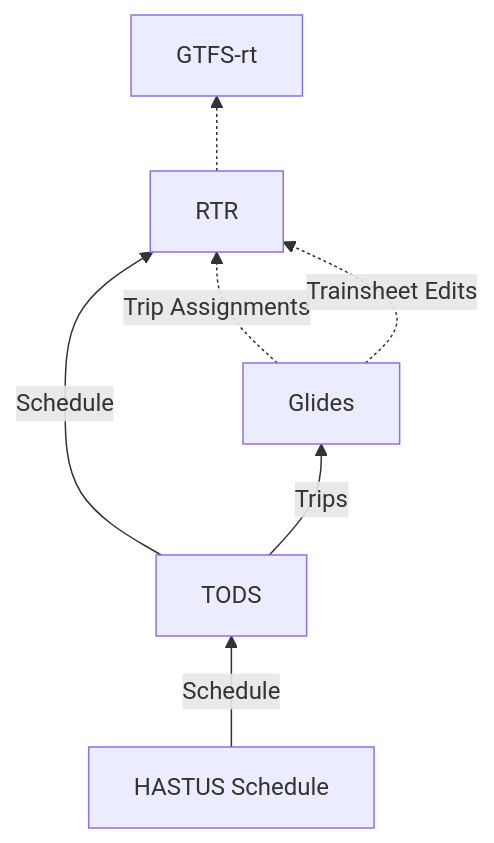
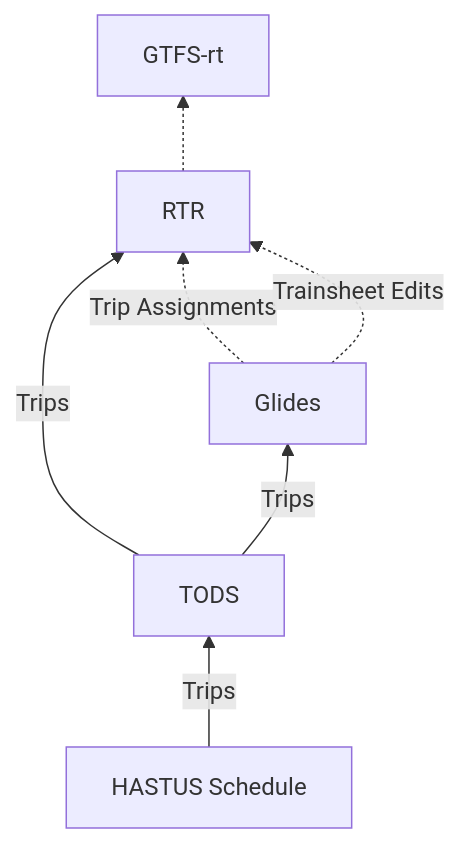
Before and after one commit to mbta/technology-docs: the second of 2 diagrams in rfcs/0000-light-rail-trip-model.md, drawn with Mermaid. The commit also changed other lines of this file, not shown here.

Commit message:
docs: just rename schedule to trips in diagrams

````diff
--- a/rfcs/0000-light-rail-trip-model.md
+++ b/rfcs/0000-light-rail-trip-model.md
@@ -81,14 +81,14 @@
 ```mermaid
   flowchart BT
     hastus["HASTUS Schedule"]
 	tods["TODS"]
 	glides["Glides"]
 	rtr["RTR"]
 	gtfsrt["GTFS-rt"]
-	hastus -- Schedule --> tods
+	hastus -- Trips --> tods
 	tods -- Trips --> glides
-	tods -- Schedule --> rtr
+	tods -- Trips --> rtr
 	glides -. Trip Assignments .-> rtr
 	glides -. Trainsheet Edits .-> rtr
 	rtr -.-> gtfsrt
 ```
````
